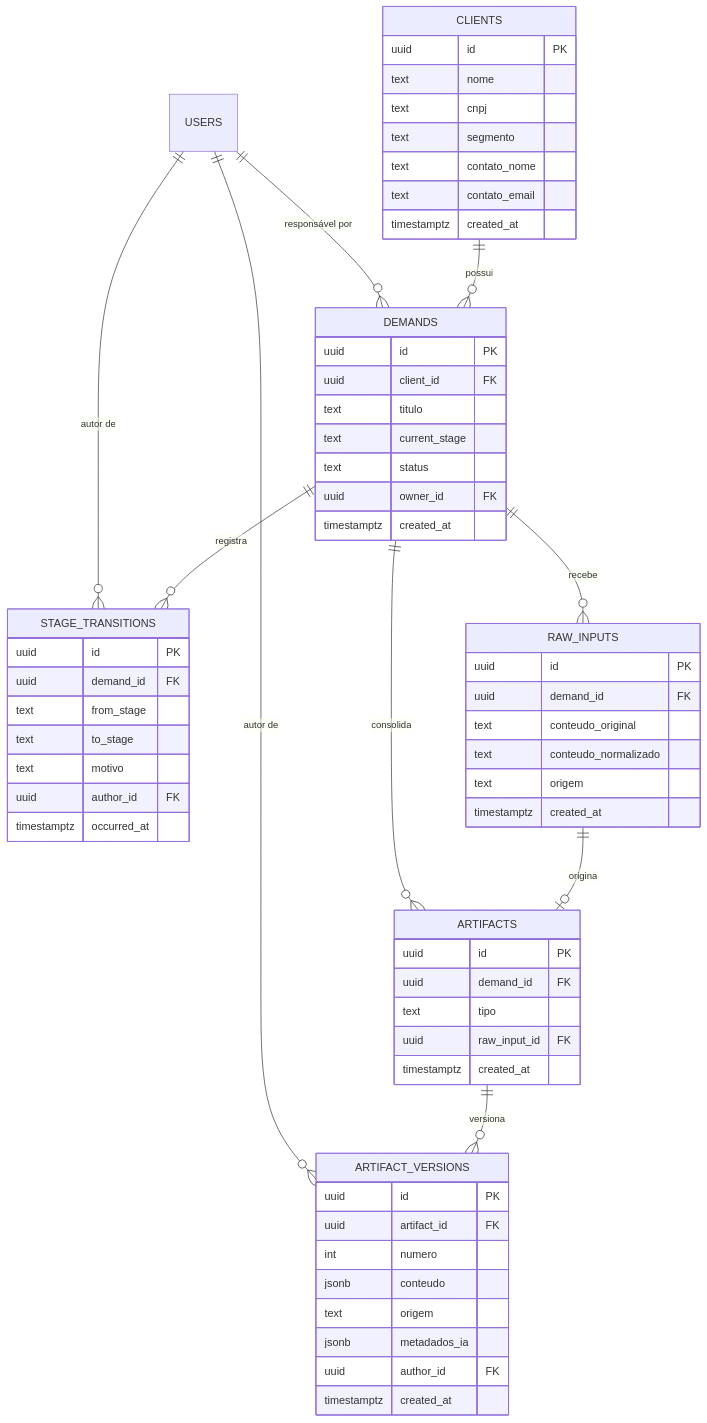
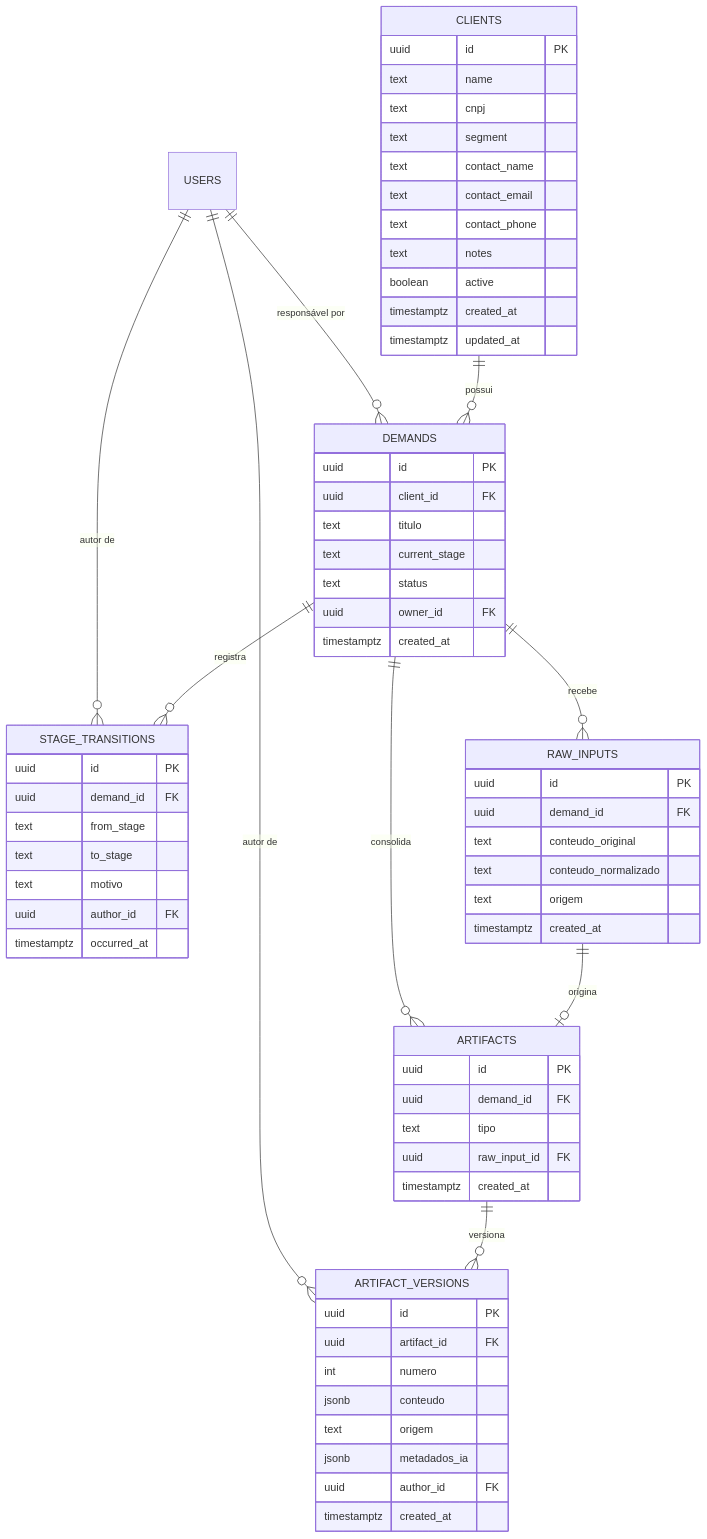
The first of 2 diagrams in docs/03-dados/modelo-dados.md (Projeto-Integrador-IV-IA/plataforma-cursos-corporativos), drawn with Mermaid before and after one commit. The commit also changed other lines of this file and 18 other files, not shown here.

````diff
--- a/docs/03-dados/modelo-dados.md
+++ b/docs/03-dados/modelo-dados.md
@@ -11,71 +11,75 @@
 ```mermaid
 erDiagram
     USERS ||--o{ DEMANDS : "responsável por"
     USERS ||--o{ STAGE_TRANSITIONS : "autor de"
     USERS ||--o{ ARTIFACT_VERSIONS : "autor de"
 
     CLIENTS ||--o{ DEMANDS : "possui"
     DEMANDS ||--o{ RAW_INPUTS : "recebe"
     DEMANDS ||--o{ STAGE_TRANSITIONS : "registra"
     DEMANDS ||--o{ ARTIFACTS : "consolida"
     ARTIFACTS ||--o{ ARTIFACT_VERSIONS : "versiona"
     RAW_INPUTS ||--o| ARTIFACTS : "origina"
 
     CLIENTS {
         uuid id PK
-        text nome
+        text name
         text cnpj
-        text segmento
-        text contato_nome
-        text contato_email
+        text segment
+        text contact_name
+        text contact_email
+        text contact_phone
+        text notes
+        boolean active
         timestamptz created_at
+        timestamptz updated_at
     }
 
     DEMANDS {
         uuid id PK
         uuid client_id FK
         text titulo
         text current_stage
         text status
         uuid owner_id FK
         timestamptz created_at
     }
 
     RAW_INPUTS {
         uuid id PK
         uuid demand_id FK
         text conteudo_original
         text conteudo_normalizado
         text origem
         timestamptz created_at
     }
 
     STAGE_TRANSITIONS {
         uuid id PK
         uuid demand_id FK
         text from_stage
         text to_stage
         text motivo
         uuid author_id FK
         timestamptz occurred_at
     }
 
     ARTIFACTS {
         uuid id PK
         uuid demand_id FK
         text tipo
         uuid raw_input_id FK
         timestamptz created_at
     }
 
     ARTIFACT_VERSIONS {
         uuid id PK
         uuid artifact_id FK
         int numero
         jsonb conteudo
         text origem
         jsonb metadados_ia
         uuid author_id FK
         timestamptz created_at
     }
 ```
````
